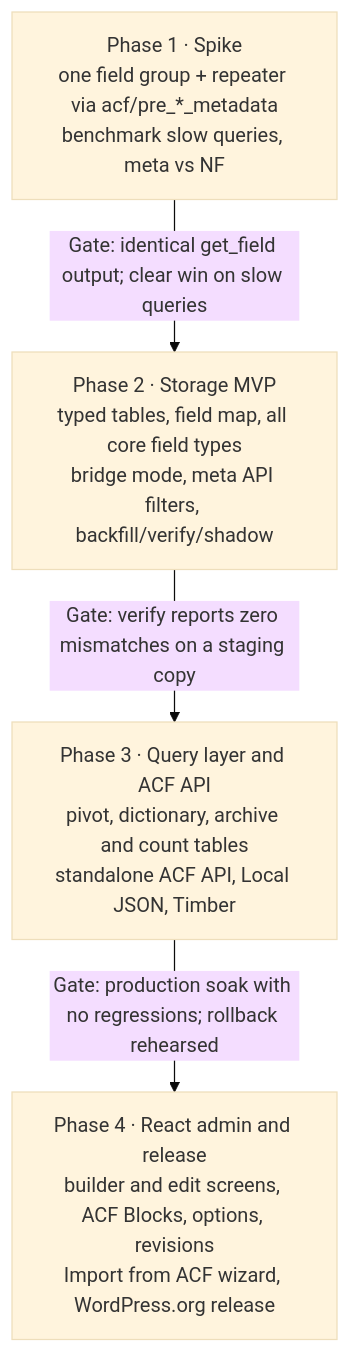
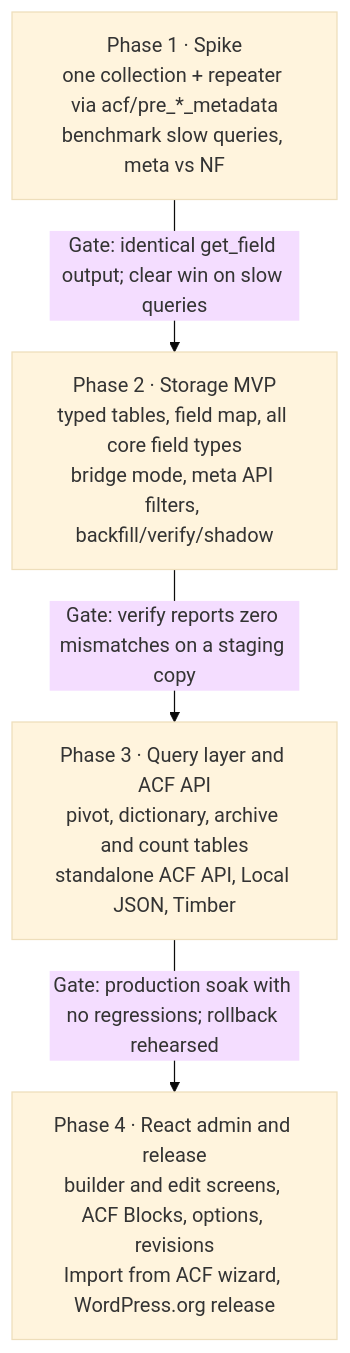
The second of 2 diagrams in docs/design.md (gentecsys/normalized-fields), drawn with Mermaid (base theme) before and after one commit. The commit also changed other lines of this file and 4 other files, not shown here.

````diff
--- a/docs/design.md
+++ b/docs/design.md
@@ -1186,10 +1188,10 @@
 ```mermaid
 flowchart TB
-  p1["Phase 1 · Spike<br/>one field group + repeater via acf/pre_*_metadata<br/>benchmark slow queries, meta vs NF"]
+  p1["Phase 1 · Spike<br/>one collection + repeater via acf/pre_*_metadata<br/>benchmark slow queries, meta vs NF"]
   p2["Phase 2 · Storage MVP<br/>typed tables, field map, all core field types<br/>bridge mode, meta API filters, backfill/verify/shadow"]
   p3["Phase 3 · Query layer and ACF API<br/>pivot, dictionary, archive and count tables<br/>standalone ACF API, Local JSON, Timber"]
   p4["Phase 4 · React admin and release<br/>builder and edit screens, ACF Blocks, options, revisions<br/>Import from ACF wizard, WordPress.org release"]
   p1 -->|"Gate: identical get_field output; clear win on slow queries"| p2
   p2 -->|"Gate: verify reports zero mismatches on a staging copy"| p3
   p3 -->|"Gate: production soak with no regressions; rollback rehearsed"| p4
 ```
````
